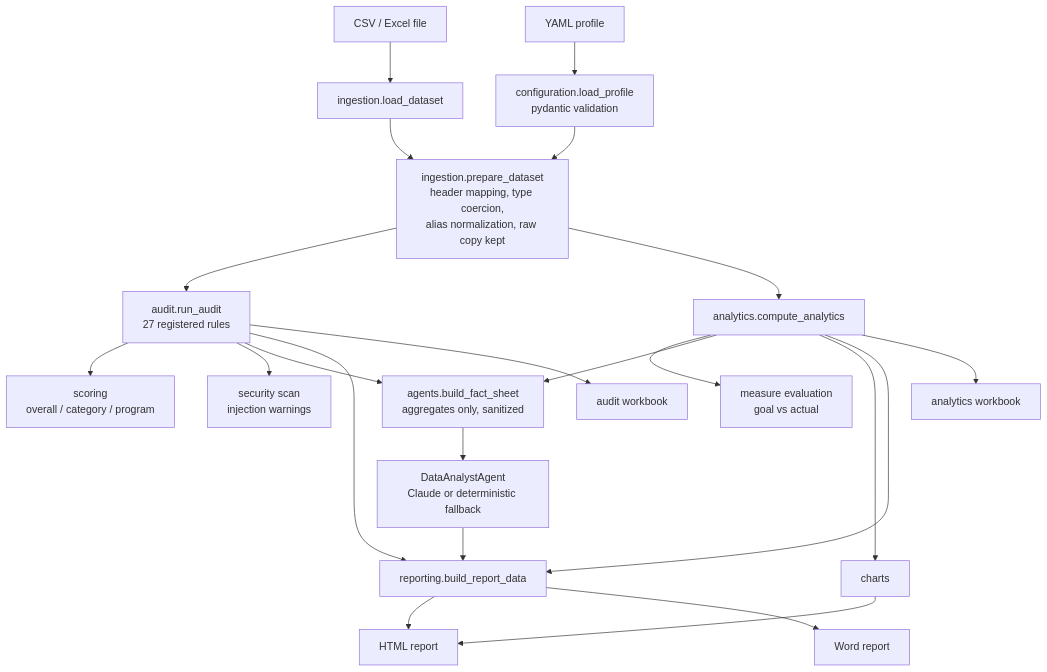
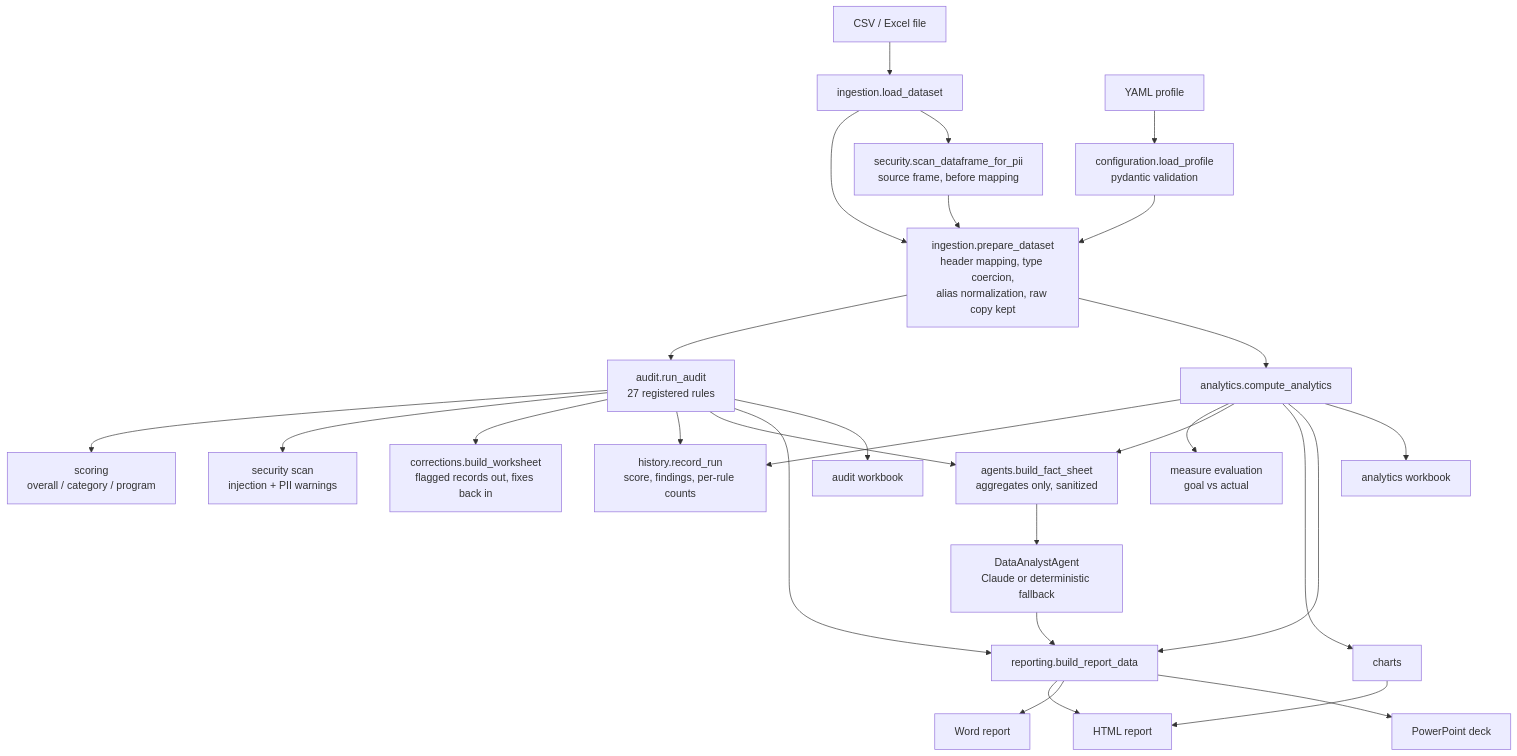
Before and after one commit to stve099/Grant-Data-Quality-Reporting-Assistant: the diagram in docs/architecture.md, drawn with Mermaid. The commit also changed other lines of this file and 12 other files, not shown here.

````diff
--- a/docs/architecture.md
+++ b/docs/architecture.md
@@ -20,24 +20,30 @@
 ```mermaid
 flowchart TD
     F[CSV / Excel file] --> L[ingestion.load_dataset]
     Y[YAML profile] --> V[configuration.load_profile<br/>pydantic validation]
     L --> P[ingestion.prepare_dataset<br/>header mapping, type coercion,<br/>alias normalization, raw copy kept]
     V --> P
+    L --> PII[security.scan_dataframe_for_pii<br/>source frame, before mapping]
+    PII --> P
     P --> AU[audit.run_audit<br/>27 registered rules]
     P --> AN[analytics.compute_analytics]
     AU --> S[scoring<br/>overall / category / program]
-    AU --> W[security scan<br/>injection warnings]
+    AU --> W[security scan<br/>injection + PII warnings]
+    AU --> CW[corrections.build_worksheet<br/>flagged records out, fixes back in]
+    AU --> HI[history.record_run<br/>score, findings, per-rule counts]
+    AN --> HI
     AN --> ME[measure evaluation<br/>goal vs actual]
     AU --> FS[agents.build_fact_sheet<br/>aggregates only, sanitized]
     AN --> FS
     FS --> AG[DataAnalystAgent<br/>Claude or deterministic fallback]
     AN --> CH[charts]
     AG --> RB[reporting.build_report_data]
     AU --> RB
     AN --> RB
     CH --> HTML[HTML report]
     RB --> HTML
     RB --> DOCX[Word report]
+    RB --> PPTX[PowerPoint deck]
     AU --> XLSX1[audit workbook]
     AN --> XLSX2[analytics workbook]
 ```
````
